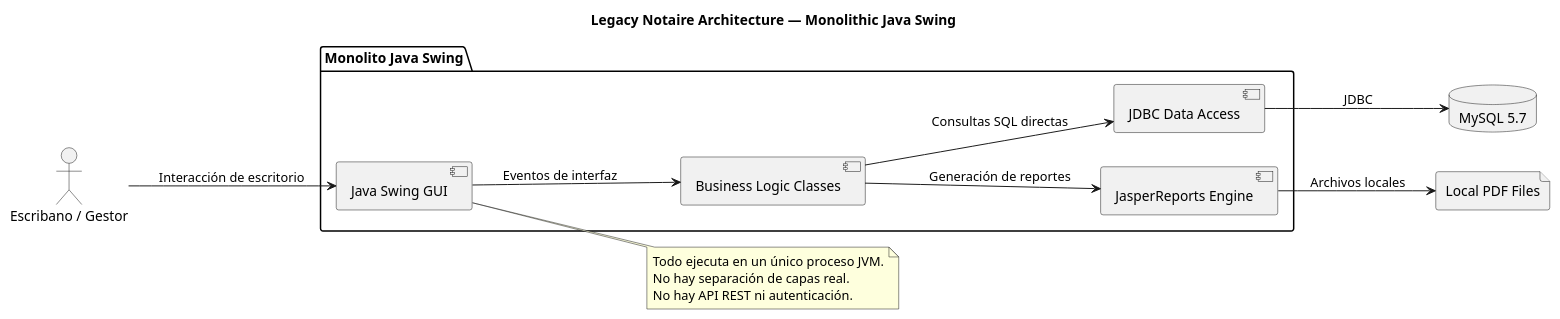
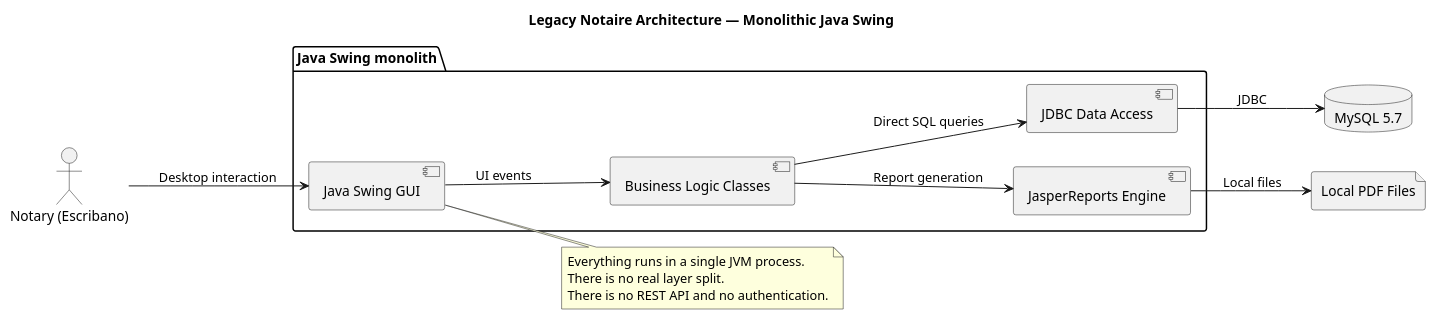
The diagram in docs/200-architecture/204-diagrams/architecture-legacy.puml (matiaspakua/notaire), drawn with PlantUML before and after one commit. The commit also changed 52 other files, not shown here.

```diff
--- a/docs/200-architecture/204-diagrams/architecture-legacy.puml
+++ b/docs/200-architecture/204-diagrams/architecture-legacy.puml
@@ -1,29 +1,29 @@
 @startuml
 title Legacy Notaire Architecture — Monolithic Java Swing
 left to right direction
 
-actor "Escribano / Gestor" as User
+actor "Notary (Escribano)" as User
 
-package "Monolito Java Swing" {
+package "Java Swing monolith" {
   [Java Swing GUI] as GUI
   [Business Logic Classes] as BL
   [JDBC Data Access] as DA
   [JasperReports Engine] as Rpt
 }
 
 database "MySQL 5.7" as DB
 file "Local PDF Files" as PDF
 
-User --> GUI : Interacción de escritorio
-GUI --> BL : Eventos de interfaz
-BL --> DA : Consultas SQL directas
+User --> GUI : Desktop interaction
+GUI --> BL : UI events
+BL --> DA : Direct SQL queries
 DA --> DB : JDBC
-BL --> Rpt : Generación de reportes
-Rpt --> PDF : Archivos locales
+BL --> Rpt : Report generation
+Rpt --> PDF : Local files
 
 note right of GUI
-  Todo ejecuta en un único proceso JVM.
-  No hay separación de capas real.
-  No hay API REST ni autenticación.
+  Everything runs in a single JVM process.
+  There is no real layer split.
+  There is no REST API and no authentication.
 end note
 @enduml
```
